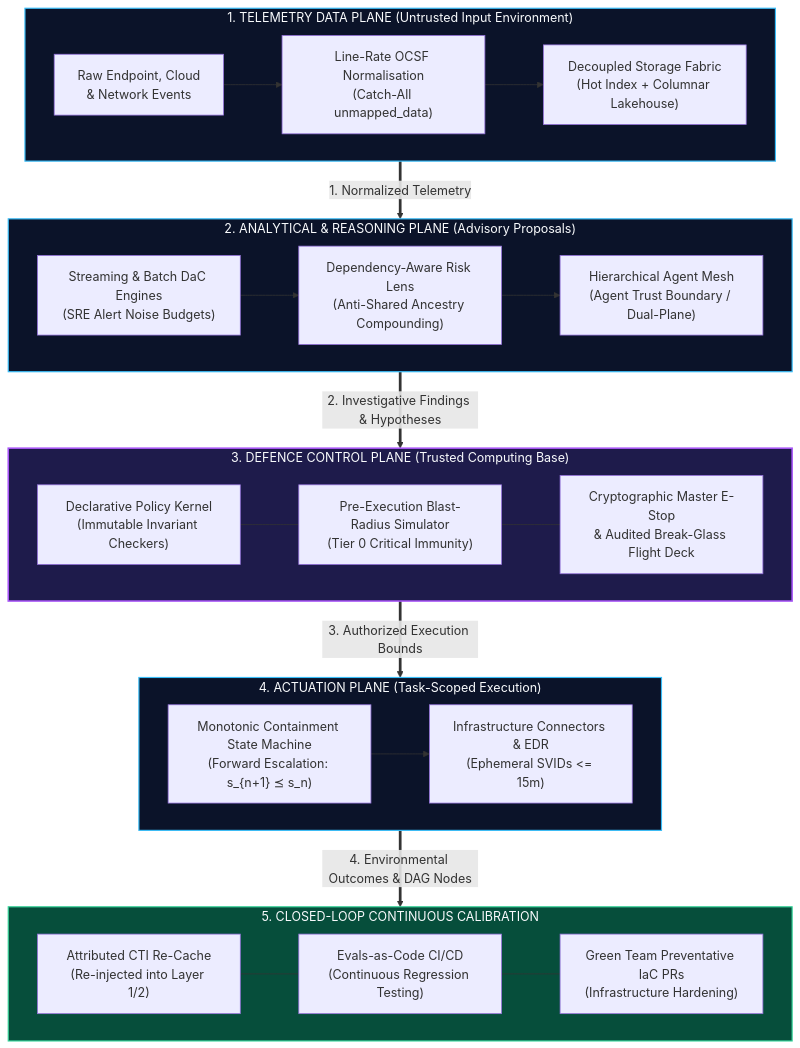
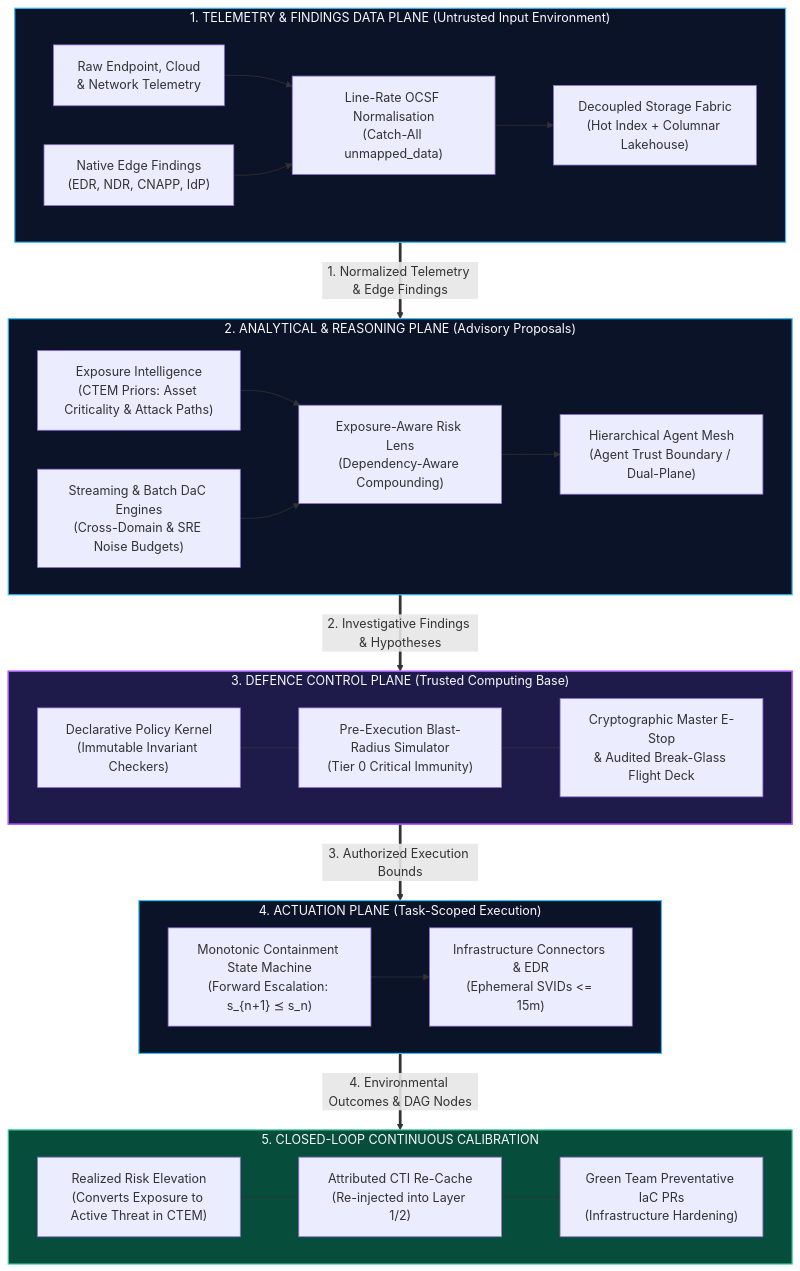
The first of 2 diagrams in docs/index.md (Haribu/TIDIR), drawn with Mermaid before and after one commit. The commit also changed other lines of this file and 44 other files, not shown here.

Commit message:
feat: enterprise adoption roadmap, reference stacks, persona journeys, and editorial quality enhancements (v1.14.0)

````diff
--- a/docs/index.md
+++ b/docs/index.md
@@ -59,44 +59,46 @@
 ```mermaid
 flowchart TB
     %% Styling Classes
     classDef plane fill:#0b1329,stroke:#38bdf8,stroke-width:1.5px,color:#f8fafc;
     classDef kernel fill:#1e1b4b,stroke:#a855f7,stroke-width:2px,color:#f8fafc;
     classDef feedback fill:#064e3b,stroke:#34d399,stroke-width:1.5px,color:#f8fafc;
 
-    subgraph DP ["1. TELEMETRY DATA PLANE (Untrusted Input Environment)"]
+    subgraph DP ["1. TELEMETRY & FINDINGS DATA PLANE (Untrusted Input Environment)"]
         direction LR
-        P1_RAW["Raw Endpoint, Cloud\n& Network Events"] --> P1_NORM["Line-Rate OCSF Normalisation\n(Catch-All unmapped_data)"]
+        P1_RAW["Raw Endpoint, Cloud\n& Network Telemetry"] --> P1_NORM["Line-Rate OCSF Normalisation\n(Catch-All unmapped_data)"]
+        P1_FIND["Native Edge Findings\n(EDR, NDR, CNAPP, IdP)"] --> P1_NORM
         P1_NORM --> P1_LAKE["Decoupled Storage Fabric\n(Hot Index + Columnar Lakehouse)"]
     end
 
     subgraph AP ["2. ANALYTICAL & REASONING PLANE (Advisory Proposals)"]
         direction LR
-        P2_DET["Streaming & Batch DaC Engines\n(SRE Alert Noise Budgets)"] --> P2_BAYES["Dependency-Aware Risk Lens\n(Anti-Shared Ancestry Compounding)"]
+        P2_EXPO["Exposure Intelligence\n(CTEM Priors: Asset Criticality & Attack Paths)"] --> P2_BAYES
+        P2_DET["Streaming & Batch DaC Engines\n(Cross-Domain & SRE Noise Budgets)"] --> P2_BAYES["Exposure-Aware Risk Lens\n(Dependency-Aware Compounding)"]
         P2_BAYES --> P2_AGENT["Hierarchical Agent Mesh\n(Agent Trust Boundary / Dual-Plane)"]
     end
 
     subgraph DCP ["3. DEFENCE CONTROL PLANE (Trusted Computing Base)"]
         direction LR
         P3_POL["Declarative Policy Kernel\n(Immutable Invariant Checkers)"] --- P3_SIM["Pre-Execution Blast-Radius Simulator\n(Tier 0 Critical Immunity)"]
         P3_SIM --- P3_ESTOP["Cryptographic Master E-Stop\n& Audited Break-Glass Flight Deck"]
     end
 
     subgraph ACT ["4. ACTUATION PLANE (Task-Scoped Execution)"]
         direction LR
         P4_SAGA["Monotonic Containment State Machine\n(Forward Escalation: s_{n+1} ⪯ s_n)"] --> P4_EXEC["Infrastructure Connectors & EDR\n(Ephemeral SVIDs <= 15m)"]
     end
 
     subgraph FB ["5. CLOSED-LOOP CONTINUOUS CALIBRATION"]
         direction LR
-        FB_FEED["Attributed CTI Re-Cache\n(Re-injected into Layer 1/2)"] --- FB_EVAL["Evals-as-Code CI/CD\n(Continuous Regression Testing)"] --- FB_GREEN["Green Team Preventative IaC PRs\n(Infrastructure Hardening)"]
+        FB_EXPO["Realized Risk Elevation\n(Converts Exposure to Active Threat in CTEM)"] --- FB_FEED["Attributed CTI Re-Cache\n(Re-injected into Layer 1/2)"] --- FB_GREEN["Green Team Preventative IaC PRs\n(Infrastructure Hardening)"]
     end
 
-    DP ==>|1. Normalized Telemetry| AP
+    DP ==>|1. Normalized Telemetry & Edge Findings| AP
     AP ==>|2. Investigative Findings & Hypotheses| DCP
     DCP ==>|3. Authorized Execution Bounds| ACT
     ACT ==>|4. Environmental Outcomes & DAG Nodes| FB
 
     class DP,AP,ACT plane;
     class DCP kernel;
     class FB feedback;
 ```
````
